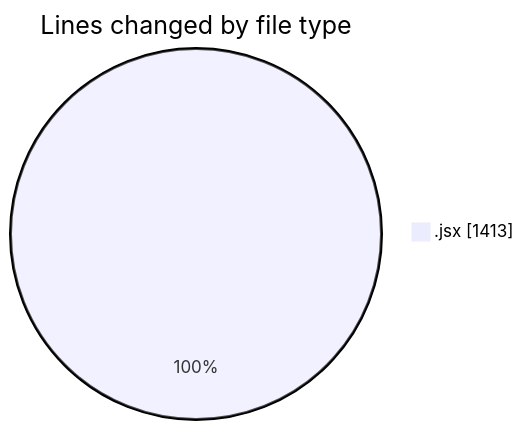
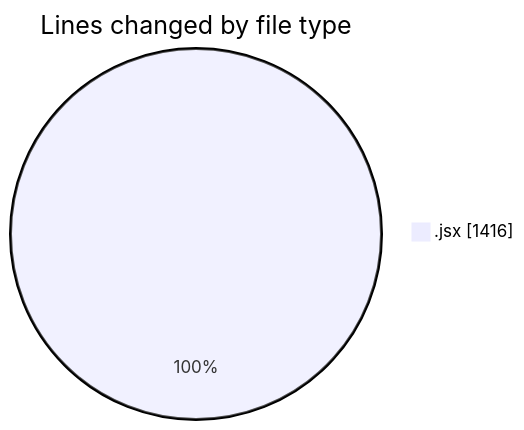
One commit to nxtqubesakshisongat/code-tracking changed the first of 2 diagrams in 2025-06-21/nxtqube_webapp/README.md. Above: the diagram before and after it, drawn with Mermaid. The commit also changed other lines of this file and 1 other file, not shown here.

````diff
--- a/2025-06-21/nxtqube_webapp/README.md
+++ b/2025-06-21/nxtqube_webapp/README.md
@@ -20,5 +20,5 @@
 ```mermaid
 pie showData
 title Lines changed by file type
-".jsx" : 1413
+".jsx" : 1416
 ```
````
